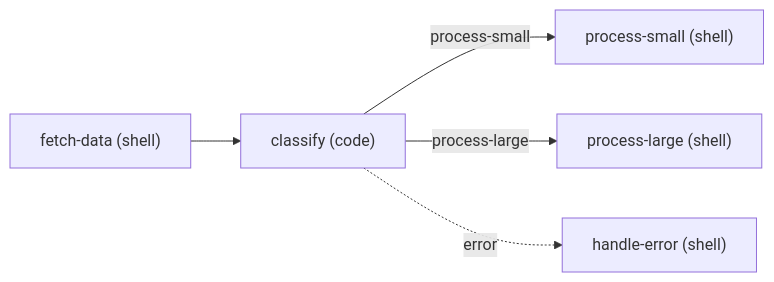
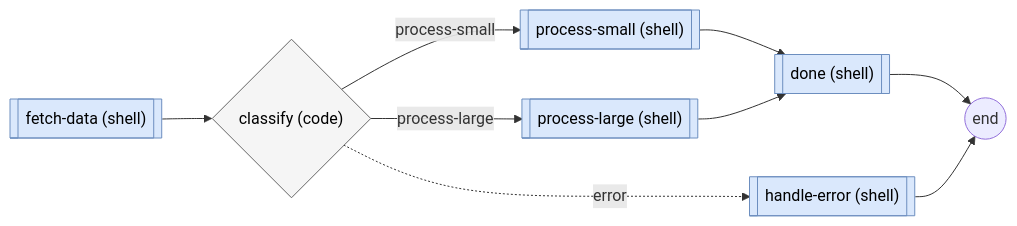
Before and after one commit to spinje/pflow: the diagram in docs/reference/cli/index.mdx, drawn with Mermaid. The commit also changed other lines of this file and 21 other files, not shown here.

First line of the commit message:
refactor: decompose mermaid.py into package, add input wrapper boxes

````diff
--- a/docs/reference/cli/index.mdx
+++ b/docs/reference/cli/index.mdx
@@ -387,12 +394,21 @@
 ```mermaid
 graph LR
-    fetch-data["fetch-data (shell)"]
-    classify["classify (code)"]
-    process-small["process-small (shell)"]
-    process-large["process-large (shell)"]
-    handle-error["handle-error (shell)"]
+    classDef code fill:#D5E8D4,stroke:#82B366,color:#000
+    classDef shell fill:#DAE8FC,stroke:#6C8EBF,color:#000
+    classDef decision fill:#F5F5F5,stroke:#666666,color:#000
+    fetch-data[["fetch-data (shell)"]]:::shell
+    classify{"classify (code)"}:::decision
+    process-small[["process-small (shell)"]]:::shell
+    process-large[["process-large (shell)"]]:::shell
+    handle-error[["handle-error (shell)"]]:::shell
+    done[["done (shell)"]]:::shell
+    pflow_end(("end"))
     fetch-data --> classify
+    classify -.->|error| handle-error
+    classify -->|process-large| process-large
     classify -->|process-small| process-small
-    classify -->|process-large| process-large
-    classify -.->|error| handle-error
+    process-small --> done
+    process-large --> done
+    done --> pflow_end
+    handle-error --> pflow_end
 ```
````
